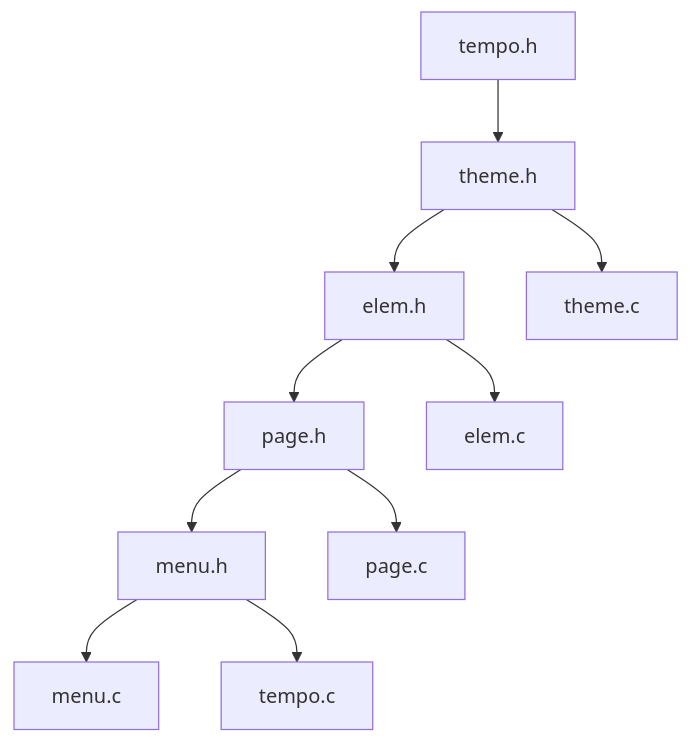
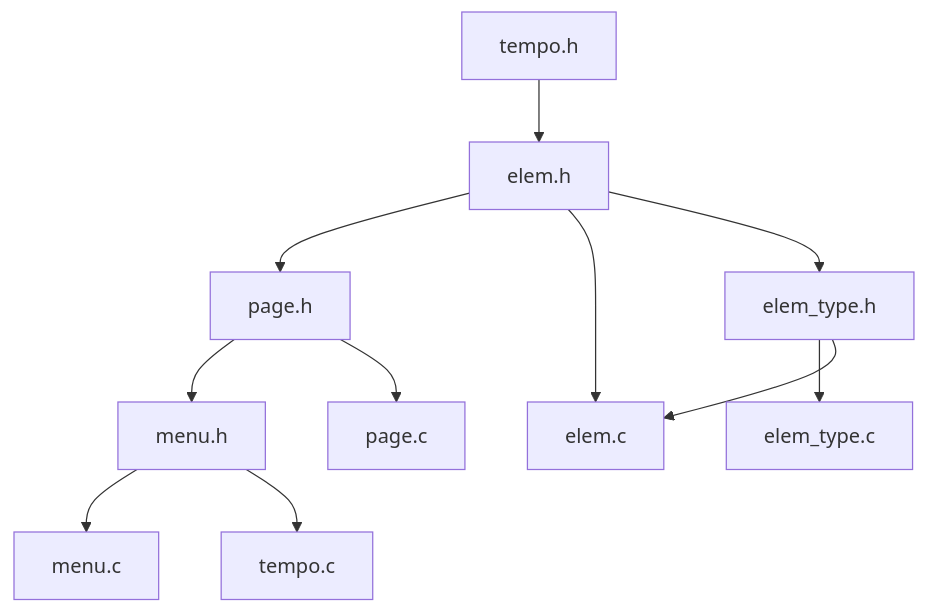
One commit to ShilianShen/Jasmin changed the diagram in src/tempo/README.md. Above: the diagram before and after it, drawn with Mermaid. The commit also changed 17 other files, not shown here.

````diff
--- a/src/tempo/README.md
+++ b/src/tempo/README.md
@@ -3,9 +3,10 @@
 ```mermaid
-flowchart
-    tempo.h --> theme.h --> elem.h --> page.h --> menu.h
-    theme.h --> theme.c
+flowchart 
+    tempo.h --> elem.h --> page.h --> menu.h
     elem.h --> elem.c
     page.h --> page.c
     menu.h --> menu.c
     menu.h --> tempo.c
+    elem_type.h --> elem_type.c
+    elem.h --> elem_type.h --> elem.c
 ```
````
